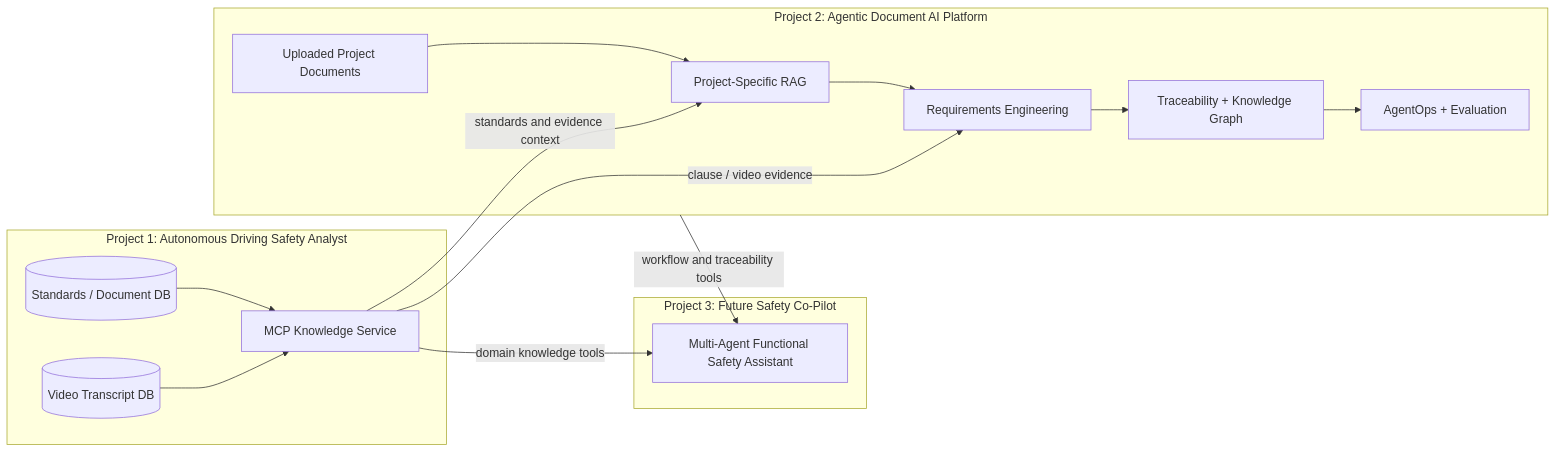
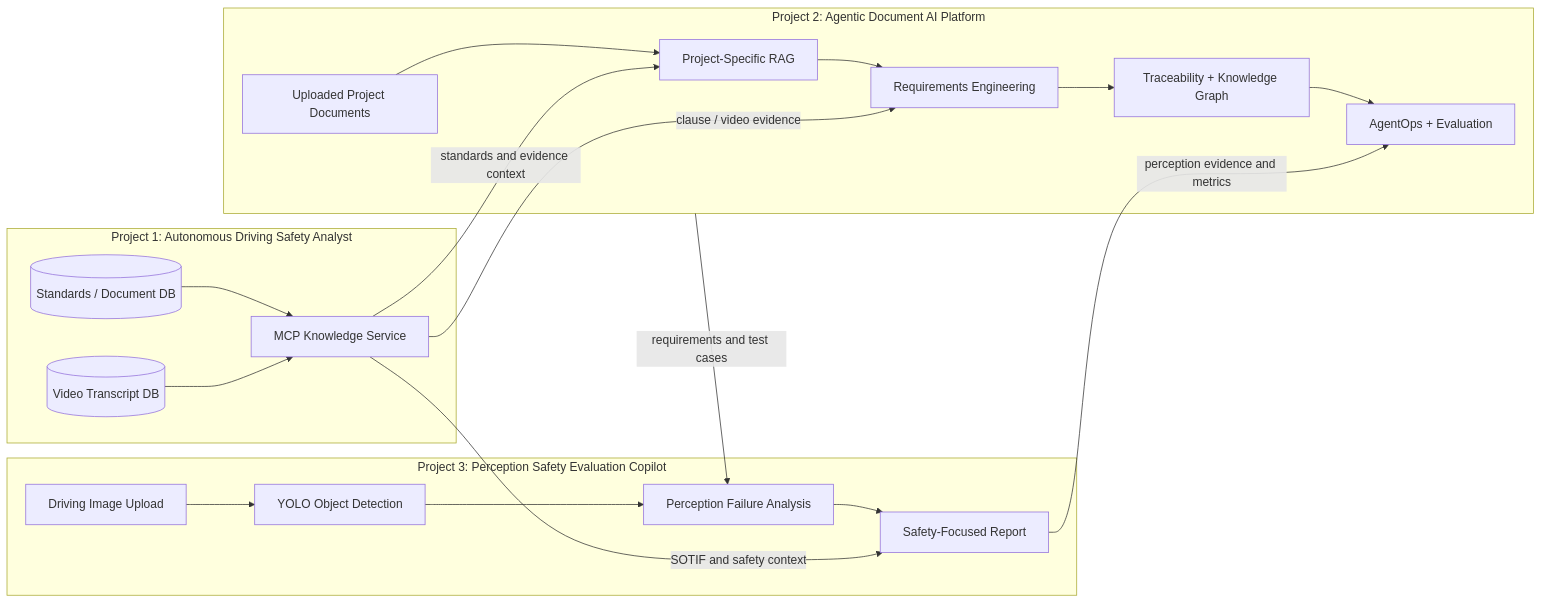
Before and after one commit to chz2010/Agentic_Document_AI_Platform_for_Safety_Engineering: the tenth of 10 diagrams in README.md, drawn with Mermaid. The commit also changed other lines of this file, not shown here.

Commit message:
Update roadmap for Project 3 perception copilot

````diff
--- a/README.md
+++ b/README.md
@@ -385,31 +385,38 @@
 ```mermaid
 flowchart LR
     subgraph P1["Project 1: Autonomous Driving Safety Analyst"]
         SDB[(Standards / Document DB)]
         VDB[(Video Transcript DB)]
         MCP[MCP Knowledge Service]
         SDB --> MCP
         VDB --> MCP
     end
 
     subgraph P2["Project 2: Agentic Document AI Platform"]
         DOCS[Uploaded Project Documents]
         RAG[Project-Specific RAG]
         REQ[Requirements Engineering]
         TRACE[Traceability + Knowledge Graph]
         OPS[AgentOps + Evaluation]
         DOCS --> RAG
         RAG --> REQ
         REQ --> TRACE
         TRACE --> OPS
     end
 
-    subgraph P3["Project 3: Future Safety Co-Pilot"]
-        AGENT[Multi-Agent Functional Safety Assistant]
+    subgraph P3["Project 3: Perception Safety Evaluation Copilot"]
+        IMG[Driving Image Upload]
+        DET[YOLO Object Detection]
+        FAIL[Perception Failure Analysis]
+        REPORT[Safety-Focused Report]
+        IMG --> DET
+        DET --> FAIL
+        FAIL --> REPORT
     end
 
     MCP -->|standards and evidence context| RAG
     MCP -->|clause / video evidence| REQ
-    P2 -->|workflow and traceability tools| AGENT
-    MCP -->|domain knowledge tools| AGENT
+    MCP -->|SOTIF and safety context| REPORT
+    P2 -->|requirements and test cases| FAIL
+    REPORT -->|perception evidence and metrics| OPS
 ```
````
